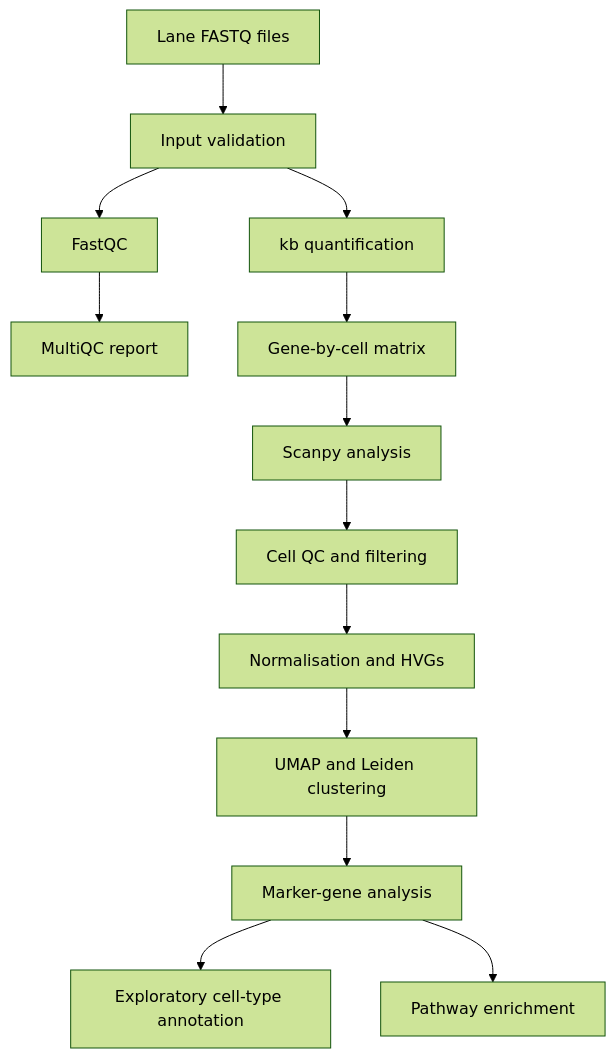
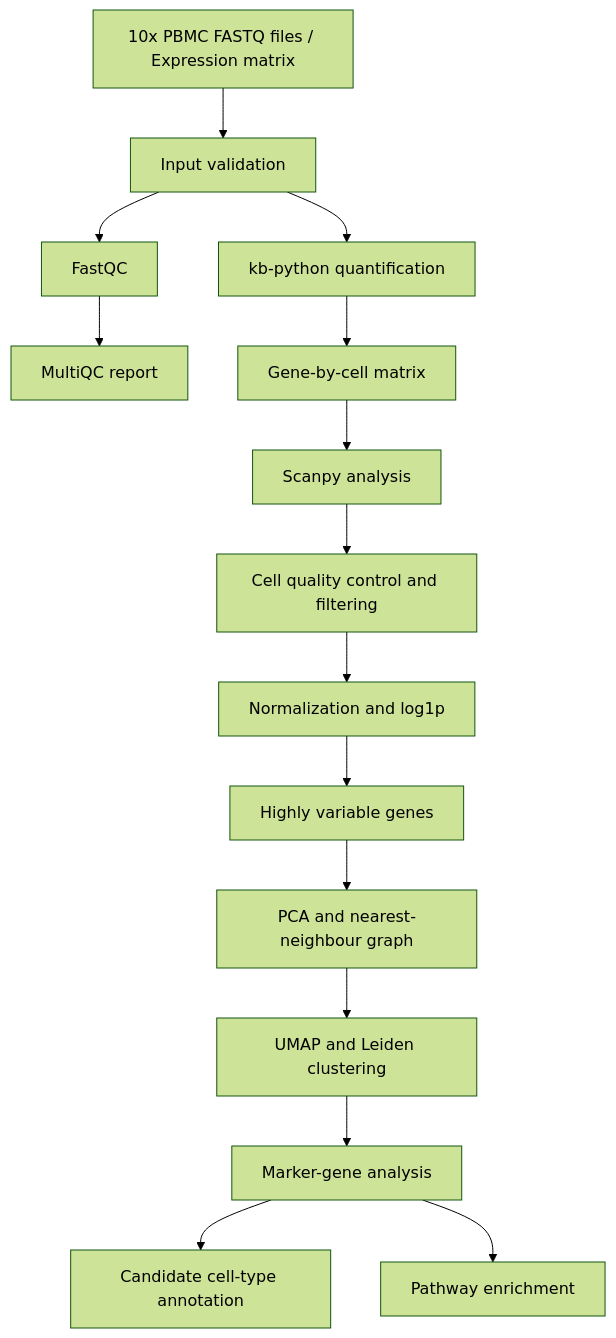
Before and after one commit to ANKUR77019/Reproducible-single-cell-RNA-seq-analysis-: the diagram in README.md, drawn with Mermaid (forest theme). The commit also changed other lines of this file, not shown here.

Commit message:
Update CellScope project documentation

````diff
--- a/README.md
+++ b/README.md
@@ -12,15 +80,18 @@
-```mermaid
+``` mermaid
 flowchart TD
-    A["Lane FASTQ files"] --> B["Input validation"]
+    A["10x PBMC FASTQ files / Expression matrix"]
+    A --> B["Input validation"]
     B --> C["FastQC"]
     C --> D["MultiQC report"]
-    B --> E["kb quantification"]
+    B --> E["kb-python quantification"]
     E --> F["Gene-by-cell matrix"]
     F --> G["Scanpy analysis"]
-    G --> H["Cell QC and filtering"]
-    H --> I["Normalisation and HVGs"]
-    I --> J["UMAP and Leiden clustering"]
-    J --> K["Marker-gene analysis"]
-    K --> L["Exploratory cell-type annotation"]
-    K --> M["Pathway enrichment"]
+    G --> H["Cell quality control and filtering"]
+    H --> I["Normalization and log1p"]
+    I --> J["Highly variable genes"]
+    J --> K["PCA and nearest-neighbour graph"]
+    K --> L["UMAP and Leiden clustering"]
+    L --> M["Marker-gene analysis"]
+    M --> N["Candidate cell-type annotation"]
+    M --> O["Pathway enrichment"]
 ```
````
